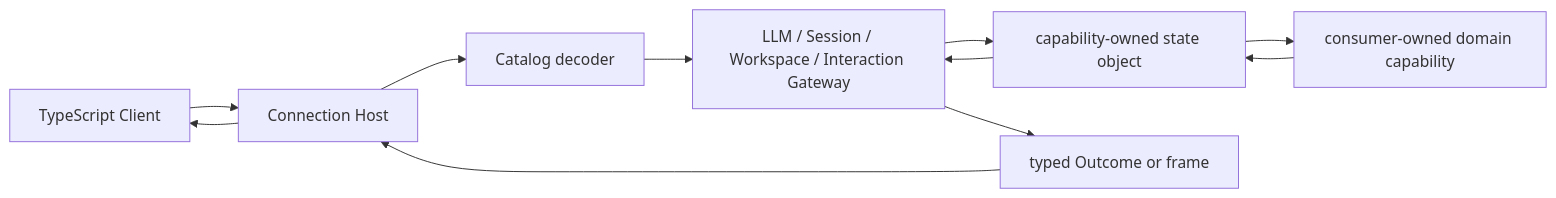
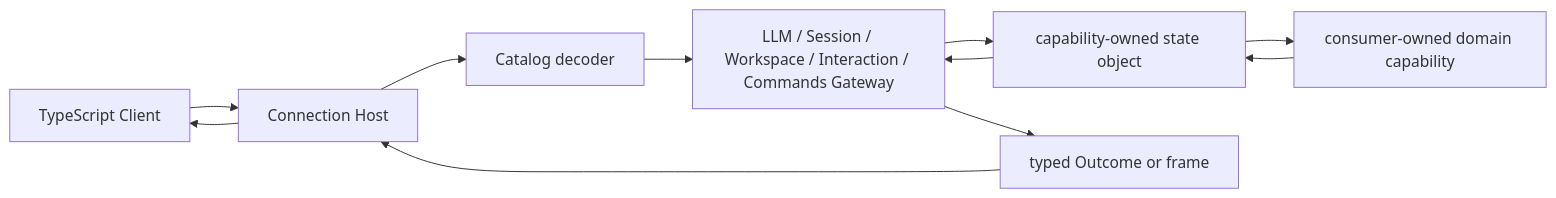
Before and after one commit to gorenx/goren: the diagram in apiproxy/README.zh-CN.md, drawn with Mermaid. The commit also changed other lines of this file and 19 other files, not shown here.

````diff
--- a/apiproxy/README.zh-CN.md
+++ b/apiproxy/README.zh-CN.md
@@ -19,13 +20,13 @@
 ```mermaid
 flowchart LR
     A[TypeScript Client] --> B[Connection Host]
     B --> C[Catalog decoder]
-    C --> D[LLM / Session / Workspace / Interaction Gateway]
+    C --> D[LLM / Session / Workspace / Interaction / Commands Gateway]
     D --> E[capability-owned state object]
     E --> G[consumer-owned domain capability]
     G --> E
     E --> D
     D --> F[typed Outcome or frame]
     F --> B
     B --> A
 ```
````
